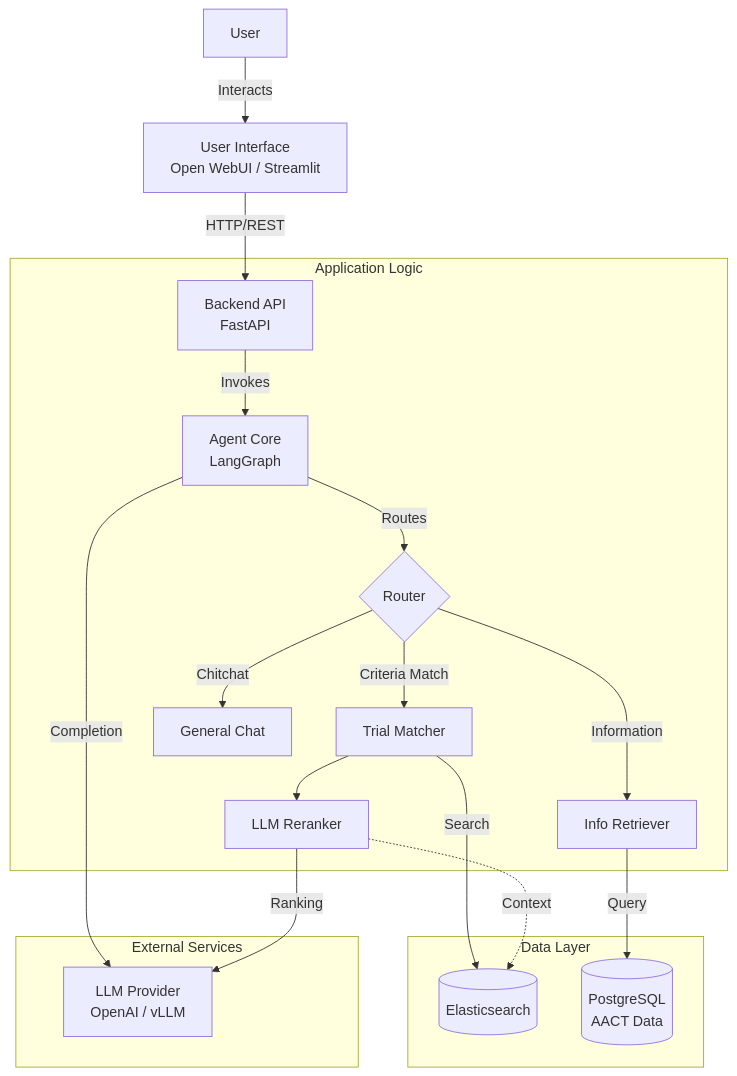
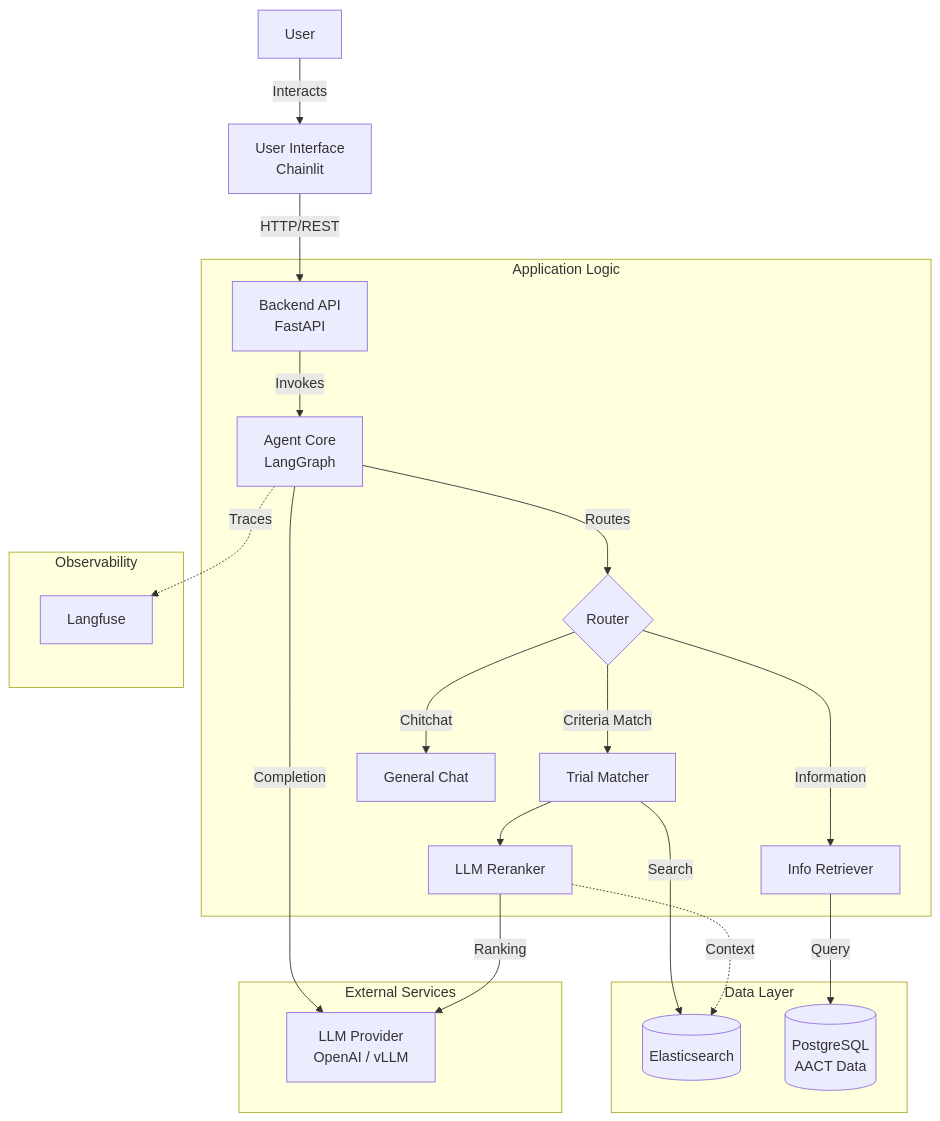
The diagram in docs/system_design.md (dangcaptkd2/trial-matching-assistant), drawn with Mermaid before and after one commit. The commit also changed other lines of this file and 29 other files, not shown here.

````diff
--- a/docs/system_design.md
+++ b/docs/system_design.md
@@ -7,26 +7,30 @@
 ```mermaid
 graph TD
-    User[User] -->|Interacts| UI[User Interface<br/>Open WebUI / Streamlit]
+    User[User] -->|Interacts| UI[User Interface<br/>Chainlit]
     UI -->|HTTP/REST| API[Backend API<br/>FastAPI]
     
     subgraph "Application Logic"
         API -->|Invokes| Agent[Agent Core<br/>LangGraph]
         Agent -->|Routes| Router{Router}
         Router -->|Criteria Match| Matcher[Trial Matcher]
         Router -->|Information| Info[Info Retriever]
         Router -->|Chitchat| Chat[General Chat]
         
         Matcher --> Reranker[LLM Reranker]
     end
     
     subgraph "Data Layer"
         Matcher -->|Search| ES[(Elasticsearch)]
         Info -->|Query| PG[(PostgreSQL<br/>AACT Data)]
         Reranker -.->|Context| ES
     end
     
     subgraph "External Services"
         Agent -->|Completion| LLM[LLM Provider<br/>OpenAI / vLLM]
         Reranker -->|Ranking| LLM
     end
+
+    subgraph "Observability"
+        Agent -.->|Traces| Langfuse[Langfuse]
+    end
 ```
````
